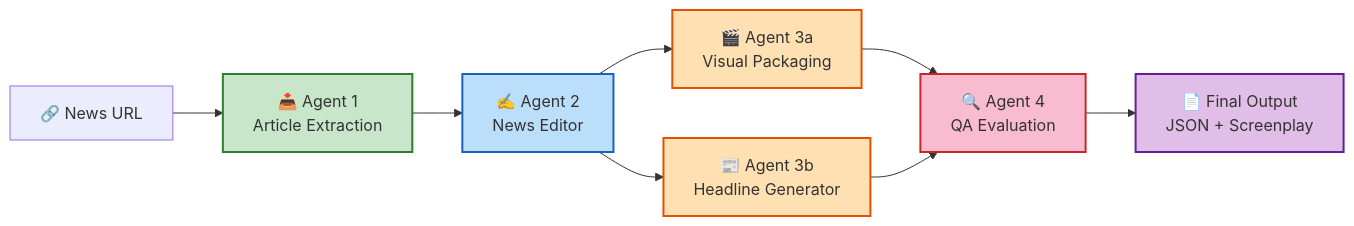
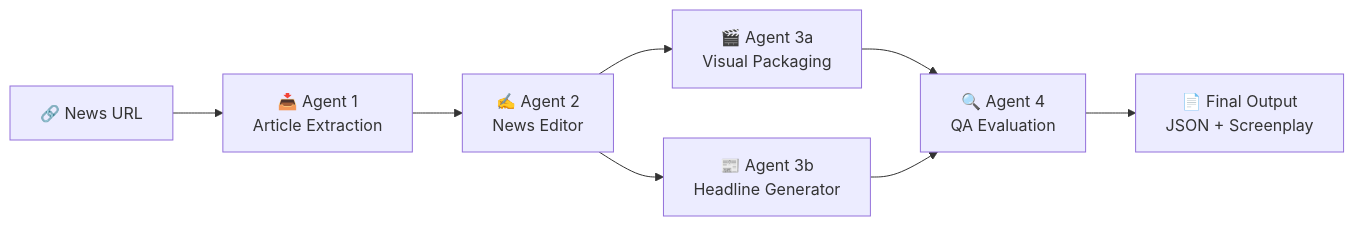
One commit to rohanjain1648/LOQO-AI changed the first of 12 diagrams in README.md. Above: the diagram before and after it, drawn with Mermaid. The commit also changed other lines of this file, not shown here.

````diff
--- a/README.md
+++ b/README.md
@@ -74,17 +74,11 @@
 ```mermaid
 graph LR
     URL["🔗 News URL"] --> A1["📥 Agent 1<br/>Article Extraction"]
     A1 --> A2["✍️ Agent 2<br/>News Editor"]
     A2 --> A3a["🎬 Agent 3a<br/>Visual Packaging"]
     A2 --> A3b["📰 Agent 3b<br/>Headline Generator"]
     A3a --> A4["🔍 Agent 4<br/>QA Evaluation"]
     A3b --> A4
     A4 --> OUT["📄 Final Output<br/>JSON + Screenplay"]
 
-    style A1 fill:#c8e6c9,stroke:#2e7d32,stroke-width:2px
-    style A2 fill:#bbdefb,stroke:#1565c0,stroke-width:2px
-    style A3a fill:#ffe0b2,stroke:#e65100,stroke-width:2px
-    style A3b fill:#ffe0b2,stroke:#e65100,stroke-width:2px
-    style A4 fill:#f8bbd0,stroke:#c62828,stroke-width:2px
-    style OUT fill:#e1bee7,stroke:#6a1b9a,stroke-width:2px
 ```
````
